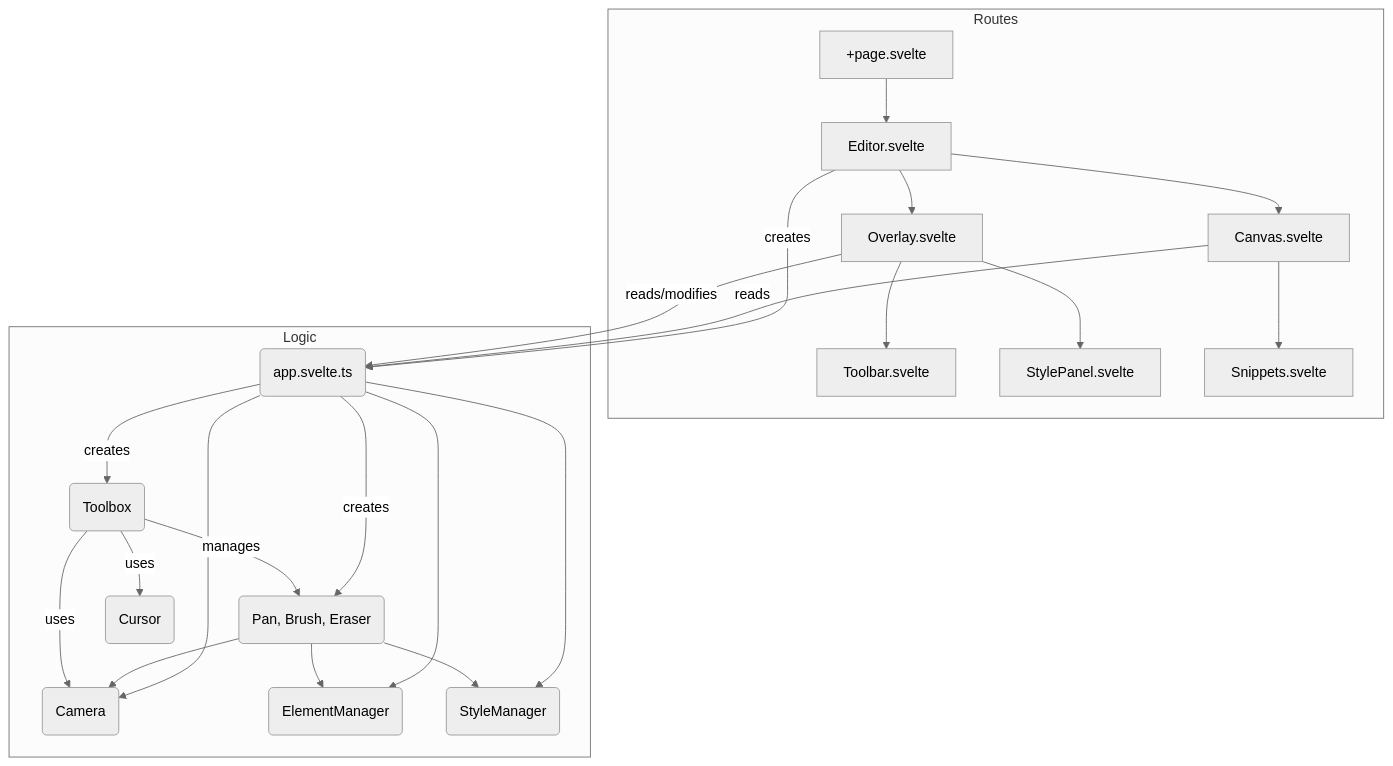
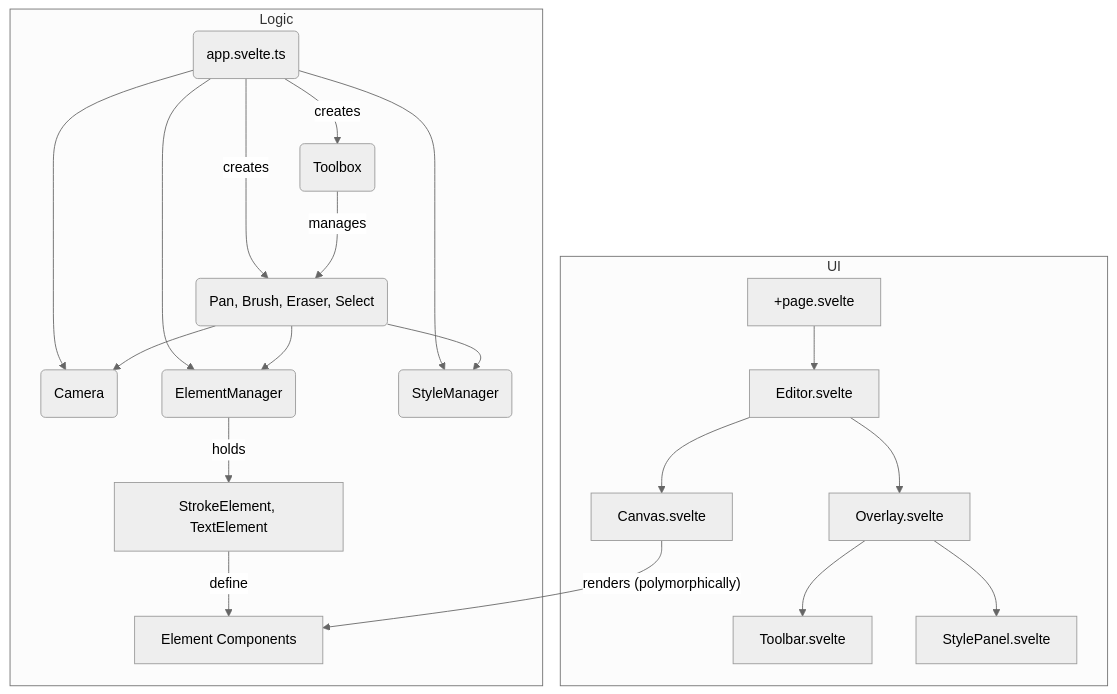
One commit to RedthMC/motion-whiteboard changed the diagram in README.md. Above: the diagram before and after it, drawn with Mermaid (neutral theme). The commit also changed other lines of this file and 32 other files, not shown here.

````diff
--- a/README.md
+++ b/README.md
@@ -11,33 +11,31 @@
 ```mermaid
 graph TD
-    subgraph Routes
+    subgraph UI
         Page[+page.svelte] --> Editor[Editor.svelte]
         Editor --> Canvas[Canvas.svelte]
         Editor --> Overlay[Overlay.svelte]
         Overlay --> Toolbar[Toolbar.svelte]
         Overlay --> StylePanel[StylePanel.svelte]
-        Canvas --> Snippets[Snippets.svelte]
     end
 
-    Editor -- creates --> AppState
-    Canvas -- reads --> AppState
-    Overlay -- reads/modifies --> AppState
+    Canvas -- "renders (polymorphically)" --> ElementComponents[Element Components]
     
     subgraph Logic
       AppState(app.svelte.ts)
       AppState --> Camera(Camera)
       AppState --> ElementManager(ElementManager)
       AppState --> StyleManager(StyleManager)
       
-      AppState -- creates --> Tools(Pan, Brush, Eraser)
+      AppState -- creates --> Tools(Pan, Brush, Eraser, Select)
       AppState -- creates --> Toolbox(Toolbox)
+      
+      ElementManager -- holds --> Elements[StrokeElement, TextElement]
+      Elements -- define --> ElementComponents
       
       Tools --> Camera
       Tools --> ElementManager
       Tools --> StyleManager
       
       Toolbox -- manages --> Tools
-      Toolbox -- uses --> Cursor(Cursor)
-      Toolbox -- uses --> Camera
     end
 ```
````
